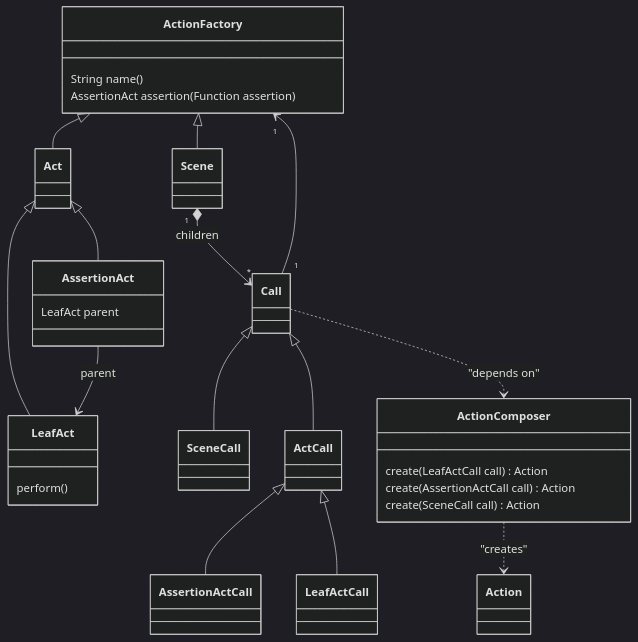
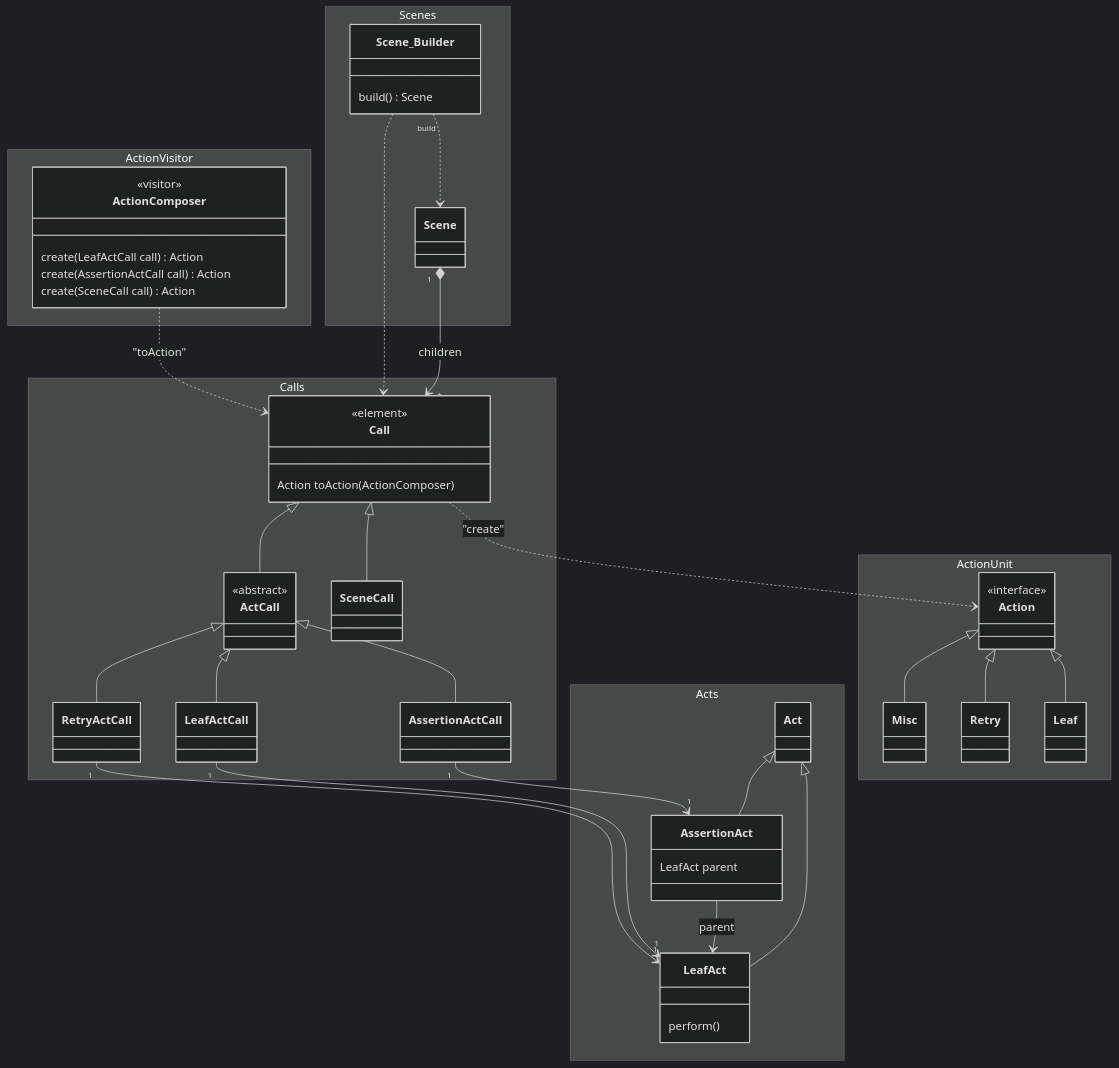
One commit to moneyforward/insdog changed the diagram in src/main/java/jp/co/moneyforward/autotest/framework/action/package-info.md. Above: the diagram before and after it, drawn with Mermaid (dark theme). The commit also changed other lines of this file and 10 other files, not shown here.

Commit message:
Add documentation and diagram about assertions and 'retry' mechanism

````diff
--- a/src/main/java/jp/co/moneyforward/autotest/framework/action/package-info.md
+++ b/src/main/java/jp/co/moneyforward/autotest/framework/action/package-info.md
@@ -7,32 +7,74 @@
 ```mermaid
 classDiagram
-    ActionFactory <|-- Act
-    Act <|-- LeafAct
-    Act <|-- AssertionAct
-    ActionFactory <|-- Scene
-    Scene "1" *--> "*" Call : children
-    AssertionAct --> LeafAct: parent
+    ActionComposer ..> Call: "toAction"
+    Call ..> Action: "create"
+
+    namespace ActionVisitor {
+      class ActionComposer {
+        <<visitor>>
+        create(LeafActCall call) Action
+        create(AssertionActCall call) Action
+        create(SceneCall call) Action
+      }
+    }
+
+    namespace Calls {
+        class Call {
+            <<element>>
+            <<abstract>>
+            Action toAction(ActionComposer)
+        }
+        class SceneCall
+        class ActCall {
+            <<abstract>>
+        }
+        class RetryActCall
+        class AssertionActCall
+        class LeafActCall
+    }
     Call <|-- SceneCall
     Call <|-- ActCall
     ActCall <|-- AssertionActCall
     ActCall <|-- LeafActCall
-    Call "1" --> "1" ActionFactory
-    Call ..> ActionComposer : "depends on"
-    ActionComposer ..> Action : "creates"
-
-    class ActionFactory {
-        String name()
-        AssertionAct assertion(Function assertion)
+    ActCall <|-- RetryActCall
+    RetryActCall "1" --> "1" LeafAct
+    LeafActCall "1" --> "1" LeafAct
+    AssertionActCall "1" --> "1" AssertionAct
+    namespace Scenes {
+        class Scene {
+        }
+        class Scene_Builder {
+            build() Scene
+        }
     }
-    class LeafAct {
-        perform()
+    Scene "1" *--> "*" Call: children
+    Scene_Builder "build" ..> Scene
+    Scene_Builder ..> Call
+    namespace Acts {
+        class Act
+        class LeafAct {
+            perform()
+        }
+        class AssertionAct {
+            LeafAct parent
+        }
     }
-    class AssertionAct {
-        LeafAct parent
+    Act <|-- LeafAct
+    Act <|-- AssertionAct
+    AssertionAct --> LeafAct: parent
+    
+    namespace ActionUnit {
+        class Action {
+            <<interface>>
+        }
+        class Leaf {
+        }
+        class Retry {
+        }
+        class Misc {
+        }
     }
-    class ActionComposer {
-        create(LeafActCall call) Action
-        create(AssertionActCall call) Action
-        create(SceneCall call) Action 
-    }
+    Action <|-- Leaf
+    Action <|-- Retry
+    Action <|-- Misc
 ```
````
